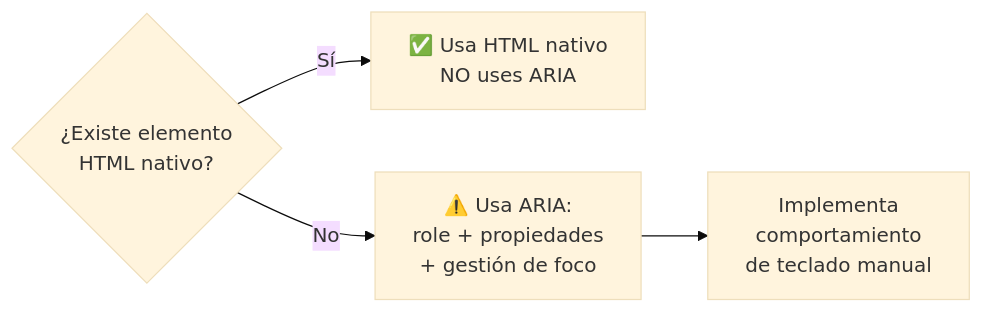
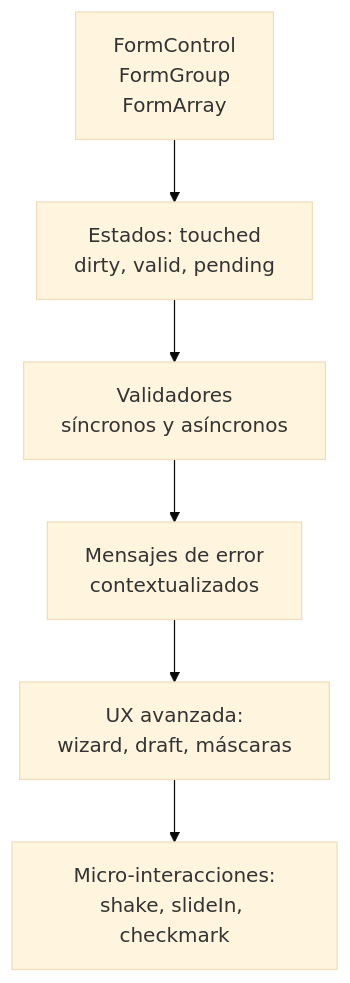
The fifth of 5 diagrams in unidad-12.md (Jose-Quesada/presentacion-desarrollo-interfaces-26-27), drawn with Mermaid (base theme) before and after one commit. The commit also changed other lines of this file and 52 other files, not shown here.

````diff
--- a/unidad-12.md
+++ b/unidad-12.md
@@ -182,7 +830,8 @@
-<div class="mermaid">
-graph LR
-    A{¿Existe elemento<br/>HTML nativo?}
-    A -->|Sí| B[✅ Usa HTML nativo<br/>NO uses ARIA]
-    A -->|No| C[⚠️ Usa ARIA:<br/>role + propiedades<br/>+ gestión de foco]
-    C --> D[Implementa<br/>comportamiento<br/>de teclado manual]
-</div>
+```mermaid
+graph TD
+    A[FormControl<br/>FormGroup<br/>FormArray] --> B[Estados: touched<br/>dirty, valid, pending]
+    B --> C[Validadores<br/>síncronos y asíncronos]
+    C --> D[Mensajes de error<br/>contextualizados]
+    D --> E[UX avanzada:<br/>wizard, draft, máscaras]
+    E --> F[Micro-interacciones:<br/>shake, slideIn, checkmark]
+```
````
